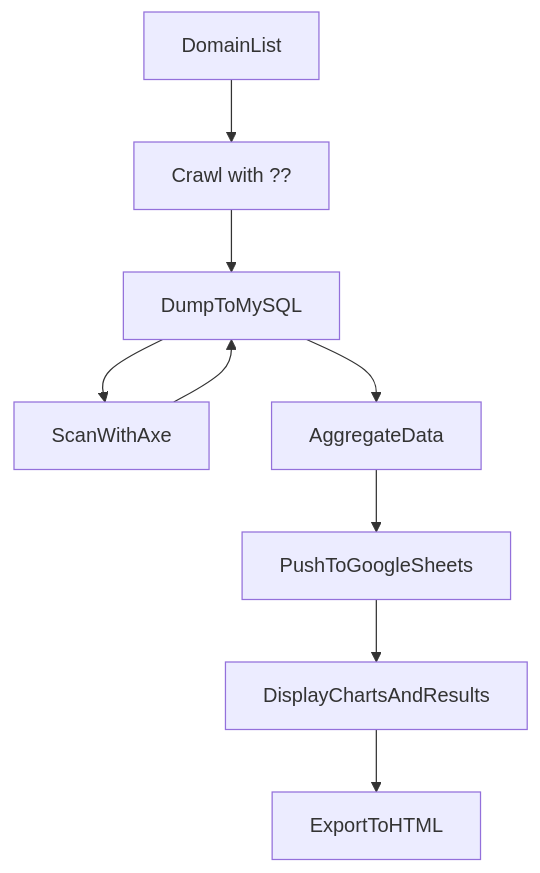
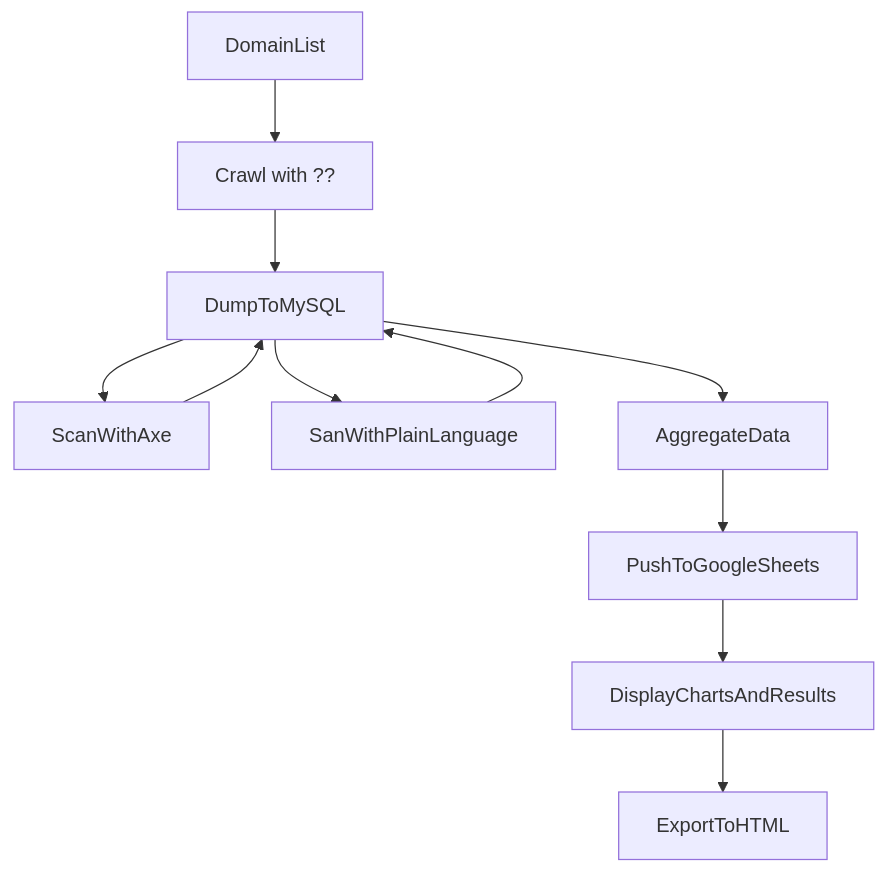
The diagram in a11y-data-crawls.md (mgifford/mermaid-graphs), drawn with Mermaid before and after one commit.

Commit message:
Highlighting plain language component

````diff
--- a/a11y-data-crawls.md
+++ b/a11y-data-crawls.md
@@ -5,11 +5,13 @@
 ```mermaid
 graph TD
     DomainList-->Crawl4URLs;
     Crawl4URLs[Crawl with ??]-->DumpToMySQL;
     DumpToMySQL-->ScanWithAxe;
     ScanWithAxe-->DumpToMySQL;
+    DumpToMySQL-->SanWithPlainLanguage;
+    SanWithPlainLanguage-->DumpToMySQL;
     DumpToMySQL-->AggregateData;
     AggregateData-->PushToGoogleSheets;
     PushToGoogleSheets-->DisplayChartsAndResults;
     DisplayChartsAndResults-->ExportToHTML;
 ```
````
